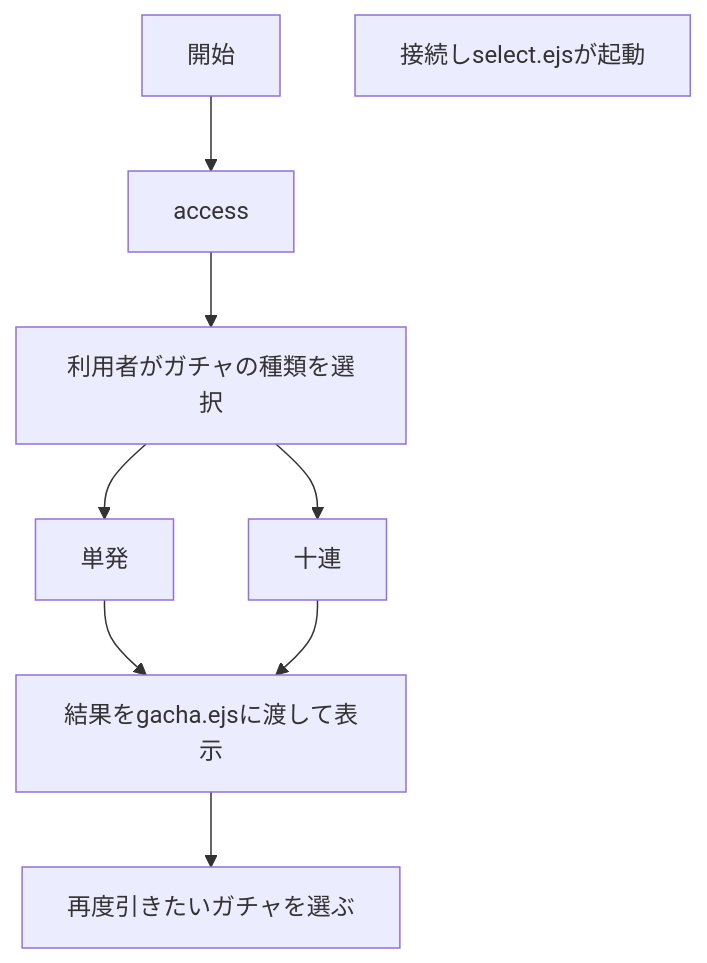
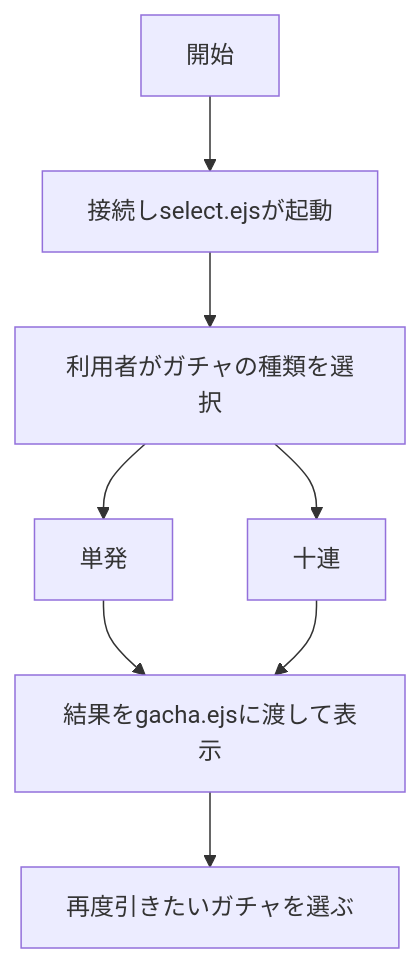
One commit to SaToHaRuKu/webpro_06 changed the second of 3 diagrams in README.md. Above: the diagram before and after it, drawn with Mermaid. The commit also changed other lines of this file, not shown here.

Commit message:
README.mdの改善

````diff
--- a/README.md
+++ b/README.md
@@ -329,20 +331,18 @@
 ```mermaid
 flowchart TD;
-start["開始"];
-accsess["接続しselect.ejsが起動"];
-choise["利用者がガチャの種類を選択"];
-single["単発"];
-multi["十連"];
-output["結果をgacha.ejsに渡して表示"];
-next["再度引きたいガチャを選ぶ"];
+    start["開始"];
+    access["接続しselect.ejsが起動"];
+    choice["利用者がガチャの種類を選択"];
+    single["単発"];
+    multi["十連"];
+    output["結果をgacha.ejsに渡して表示"];
+    next["再度引きたいガチャを選ぶ"];
 
-
-
-start --> access;
-access --> choise;
-choise --> single;
-choise --> multi;
-single --> output;
-multi --> output;
-output --> next;
+    start --> access;
+    access --> choice;
+    choice --> single;
+    choice --> multi;
+    single --> output;
+    multi --> output;
+    output --> next;
 ```
````
